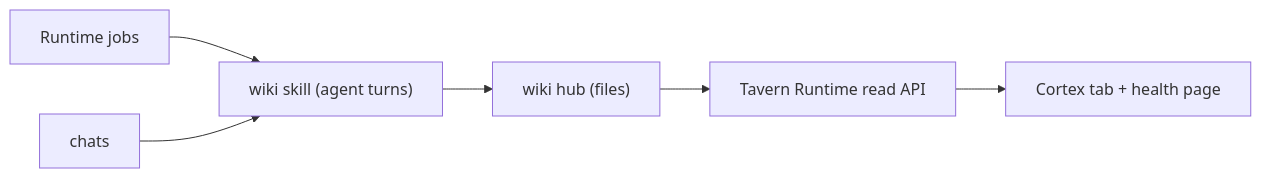
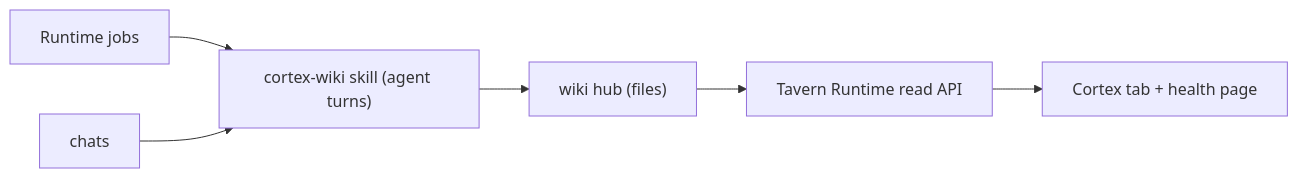
The diagram in specs/cortex.md (zknicker/tavern), drawn with Mermaid before and after one commit. The commit also changed other lines of this file and 41 other files, not shown here.

Commit message:
refactor: rename Cortex wiki skill

````diff
--- a/specs/cortex.md
+++ b/specs/cortex.md
@@ -46,15 +46,15 @@
 ```mermaid
 flowchart LR
   Hub["wiki hub (files)"]
   Runtime["Tavern Runtime read API"]
   App["Cortex tab + health page"]
   Jobs["Runtime jobs"]
-  Skill["wiki skill (agent turns)"]
+  Skill["cortex-wiki skill (agent turns)"]
   Chat["chats"]
 
   Hub --> Runtime
   Runtime --> App
   Jobs --> Skill
   Chat --> Skill
   Skill --> Hub
 ```
````
